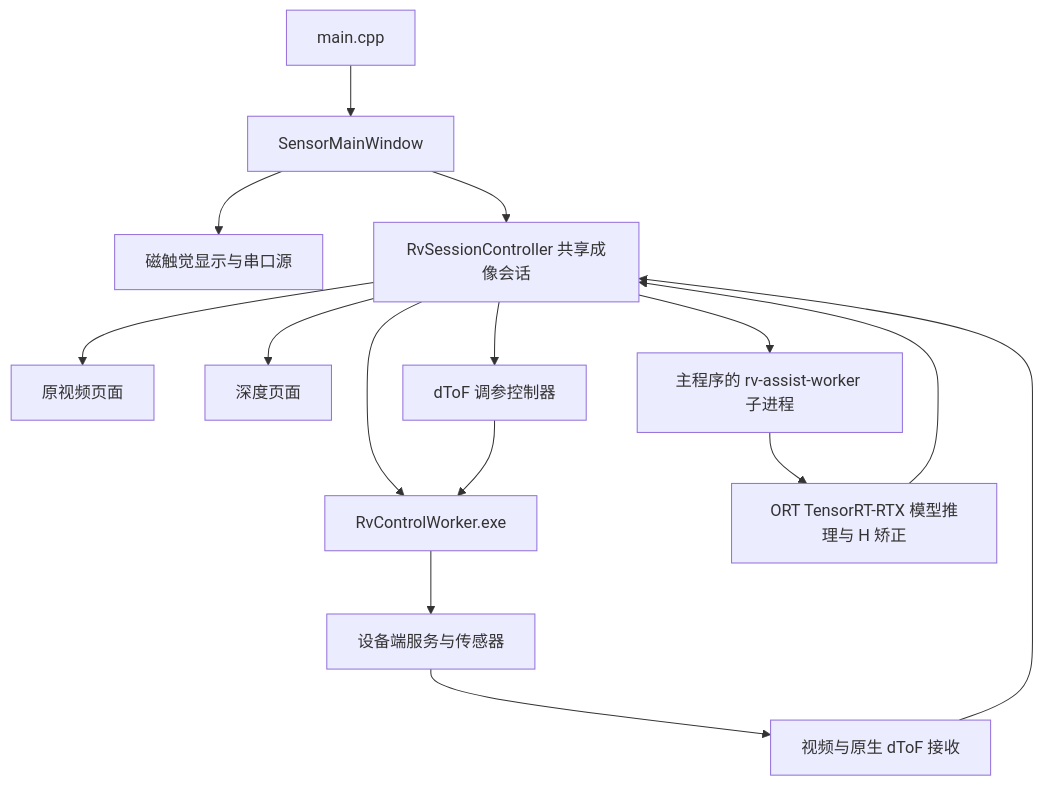
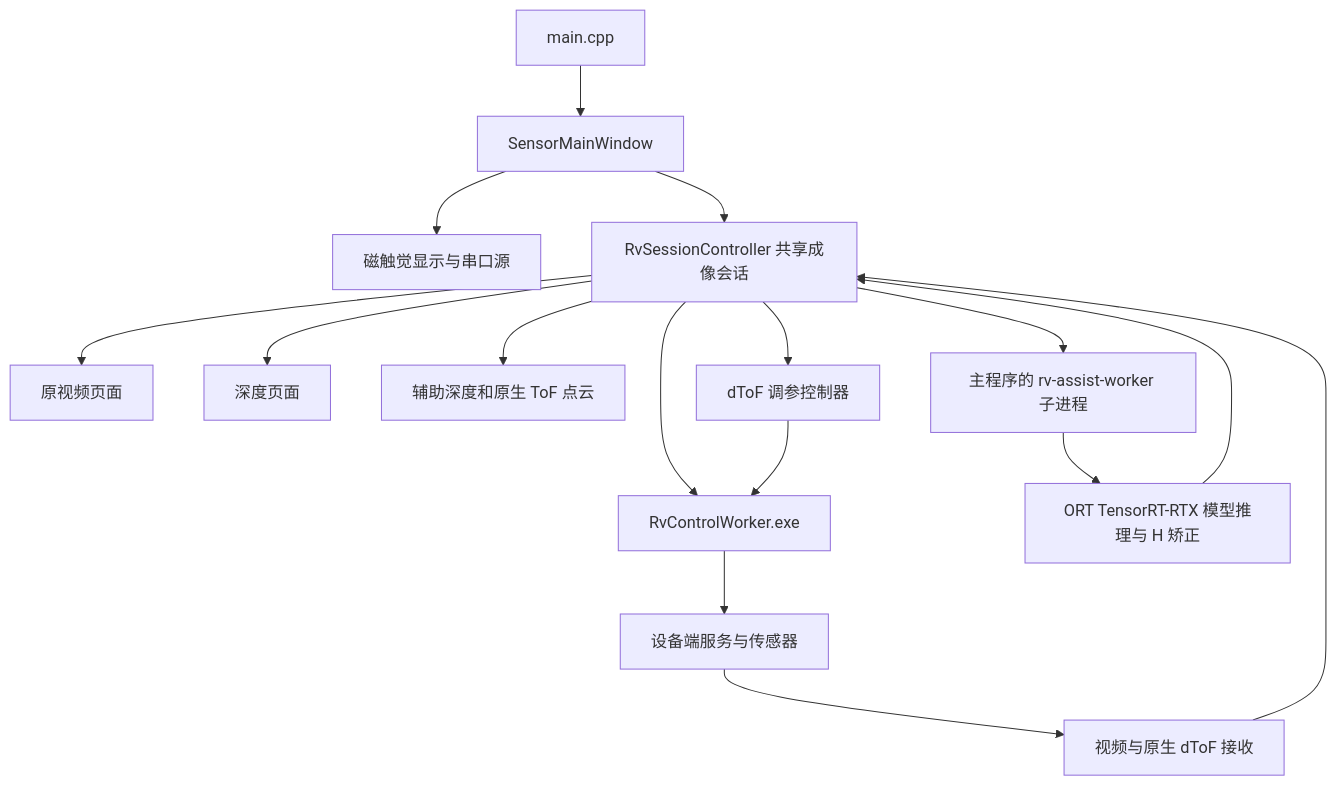
One commit to QinChen1998/depth-camera-and-tactile-sensor changed the diagram in docs/ARCHITECTURE.md. Above: the diagram before and after it, drawn with Mermaid. The commit also changed other lines of this file and 27 other files, not shown here.

Commit message:
新增 RV1103 点云视图并修复 USB 导入能力校验

````diff
--- a/docs/ARCHITECTURE.md
+++ b/docs/ARCHITECTURE.md
@@ -23,17 +23,18 @@
 ```mermaid
 flowchart TD
     Main[main.cpp] --> Window[SensorMainWindow]
     Window --> Tactile[磁触觉显示与串口源]
     Window --> Session[RvSessionController 共享成像会话]
     Session --> Camera[原视频页面]
     Session --> Depth[深度页面]
+    Session --> PointCloud[辅助深度和原生 ToF 点云]
     Session --> Tuner[dToF 调参控制器]
     Session --> Control[RvControlWorker.exe]
     Tuner --> Control
     Control --> Board[设备端服务与传感器]
     Board --> Streams[视频与原生 dToF 接收]
     Streams --> Session
     Session --> Assist[主程序的 rv-assist-worker 子进程]
     Assist --> ORT[ORT TensorRT-RTX 模型推理与 H 矫正]
     ORT --> Session
 ```
````
